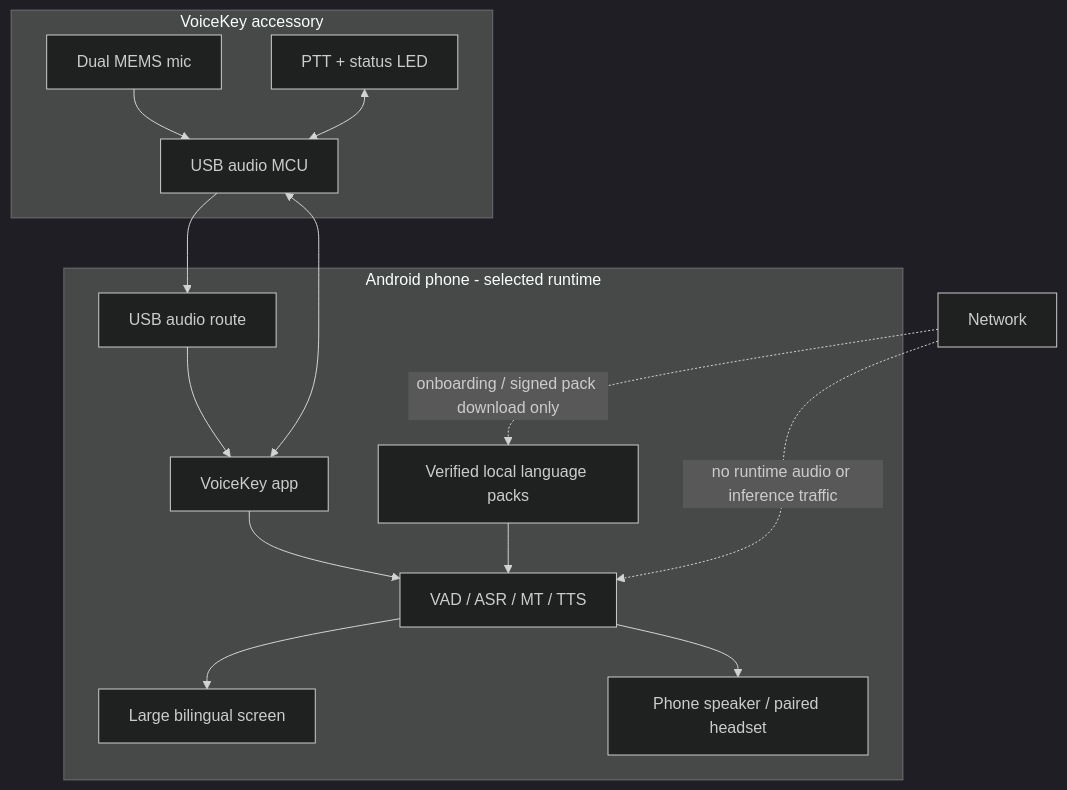
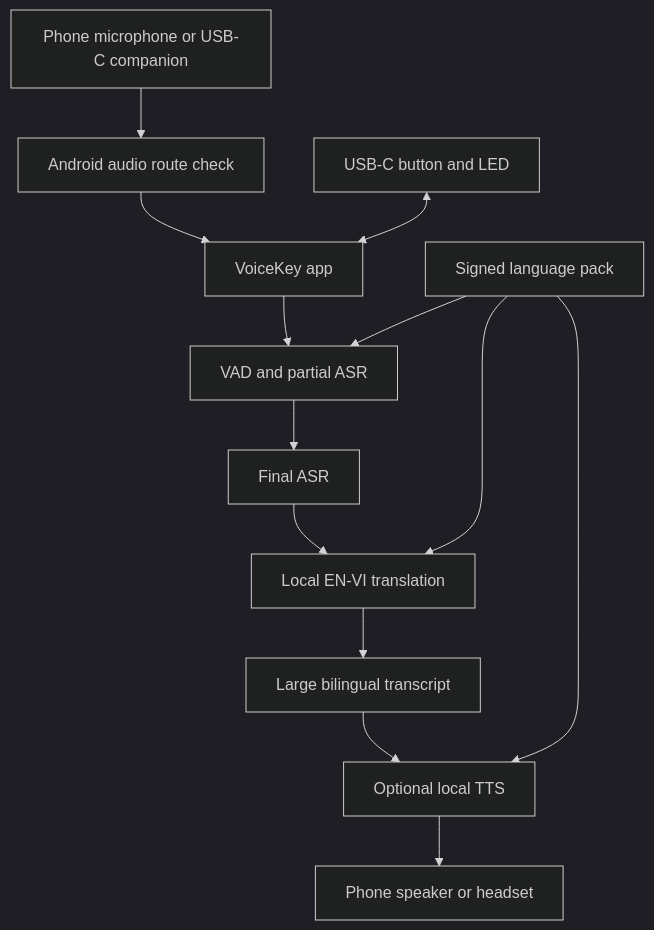
Before and after one commit to SIReal3103/VoiceKey: the second of 2 diagrams in docs/voicekey/proposal/voicekey-technical-proposal.md, drawn with Mermaid (dark theme). The commit also changed other lines of this file and 6 other files, not shown here.

````diff
--- a/docs/voicekey/proposal/voicekey-technical-proposal.md
+++ b/docs/voicekey/proposal/voicekey-technical-proposal.md
@@ -380,27 +301,15 @@
 ```mermaid
 flowchart TB
-    subgraph Accessory[VoiceKey accessory]
-        MIC[Dual MEMS mic]
-        MCU[USB audio MCU]
-        PTT[PTT + status LED]
-        MIC --> MCU
-        PTT <--> MCU
-    end
-
-    subgraph Phone[Android phone - selected runtime]
-        UAC[USB audio route]
-        APP[VoiceKey app]
-        PACK[Verified local language packs]
-        AI[VAD / ASR / MT / TTS]
-        UI[Large bilingual screen]
-        OUT[Phone speaker / paired headset]
-        UAC --> APP --> AI --> UI
-        PACK --> AI
-        AI --> OUT
-    end
-
-    MCU --> UAC
-    APP <--> MCU
-    NET[Network] -. onboarding / signed pack download only .-> PACK
-    NET -. no runtime audio or inference traffic .-> AI
+    A[Phone microphone or USB-C companion] --> B[Android audio route check]
+    B --> C[VoiceKey app]
+    C --> D[VAD and partial ASR]
+    D --> E[Final ASR]
+    E --> F[Local EN-VI translation]
+    F --> G[Large bilingual transcript]
+    G --> H[Optional local TTS]
+    H --> I[Phone speaker or headset]
+    J[Signed language pack] --> D
+    J --> F
+    J --> H
+    K[USB-C button and LED] <--> C
 ```
````
